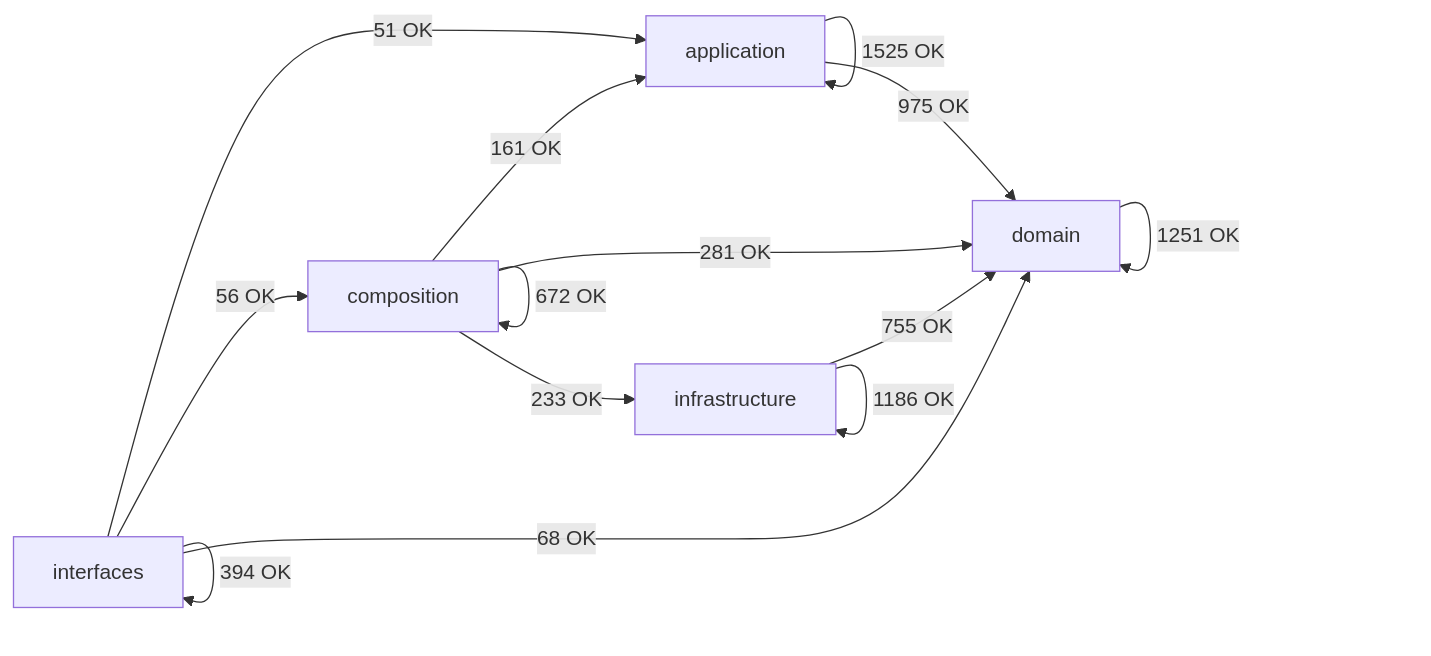
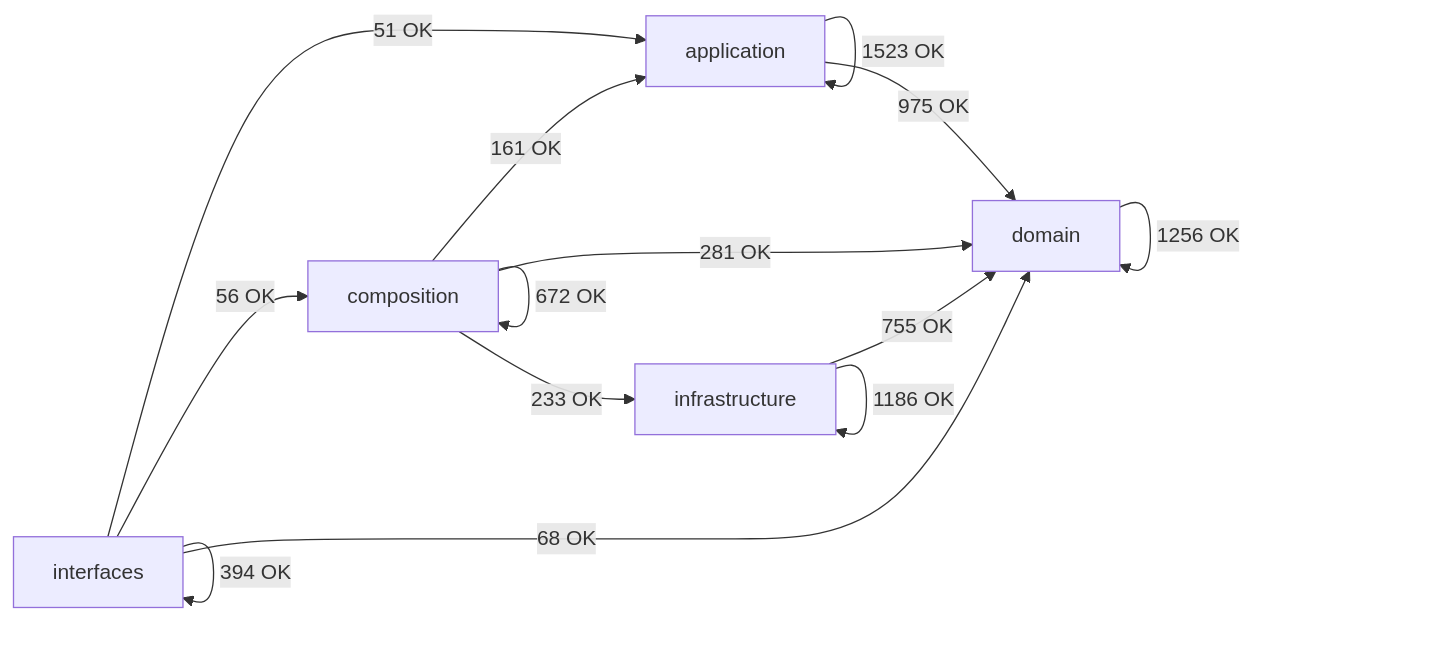
One commit to SatoryKono/BioactivityDataAcquisition changed the diagram in docs/02-architecture/generated/module-dependency-map.md. Above: the diagram before and after it, drawn with Mermaid. The commit also changed other lines of this file and 72 other files, not shown here.

````diff
--- a/docs/02-architecture/generated/module-dependency-map.md
+++ b/docs/02-architecture/generated/module-dependency-map.md
@@ -17,21 +17,21 @@
 ```mermaid
 flowchart LR
     domain[domain]
     application[application]
     infrastructure[infrastructure]
     composition[composition]
     interfaces[interfaces]
-    application -->|1525 OK| application
+    application -->|1523 OK| application
     application -->|975 OK| domain
     composition -->|161 OK| application
     composition -->|672 OK| composition
     composition -->|281 OK| domain
     composition -->|233 OK| infrastructure
-    domain -->|1251 OK| domain
+    domain -->|1256 OK| domain
     infrastructure -->|755 OK| domain
     infrastructure -->|1186 OK| infrastructure
     interfaces -->|51 OK| application
     interfaces -->|56 OK| composition
     interfaces -->|68 OK| domain
     interfaces -->|394 OK| interfaces
 ```
````
